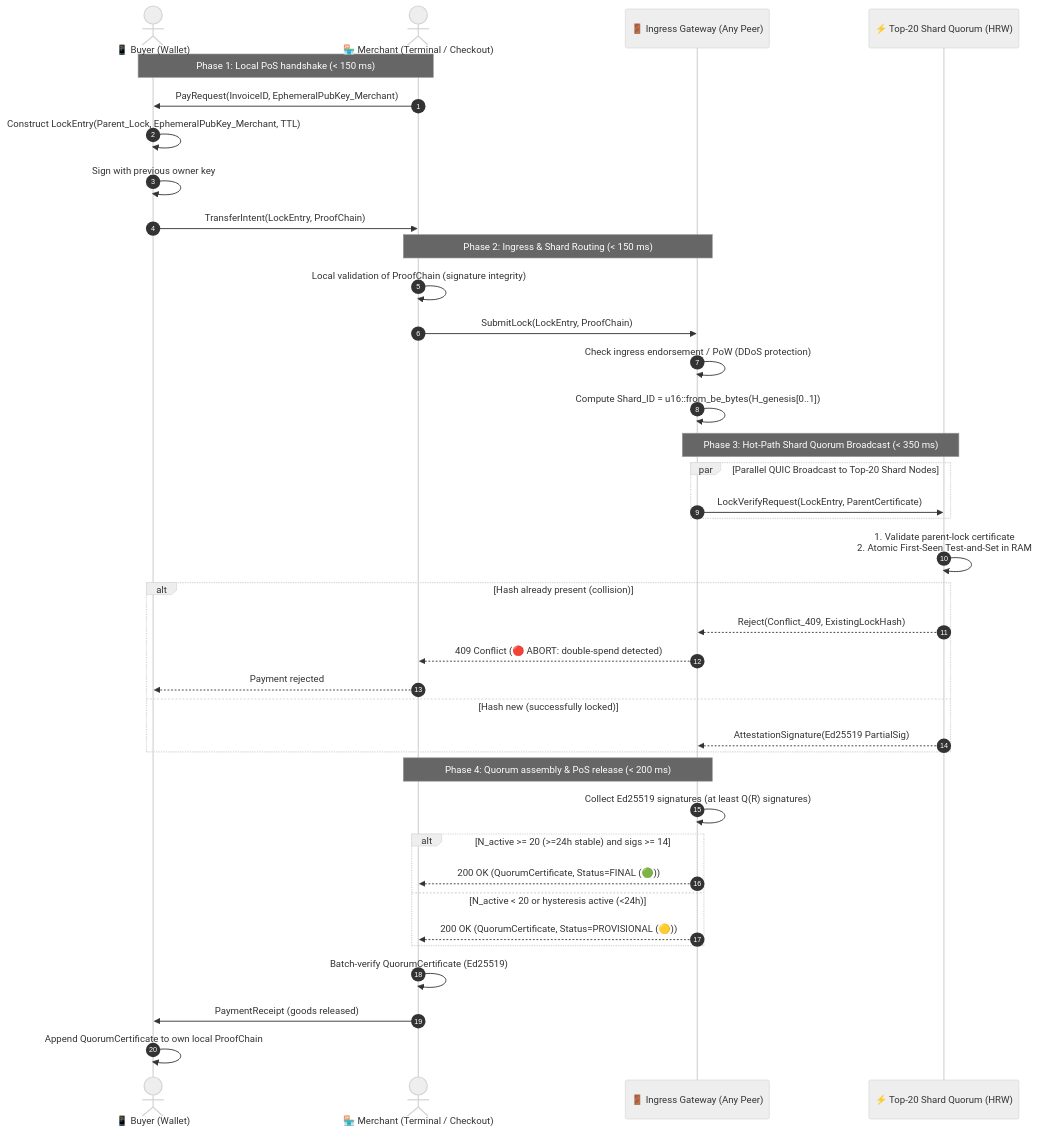
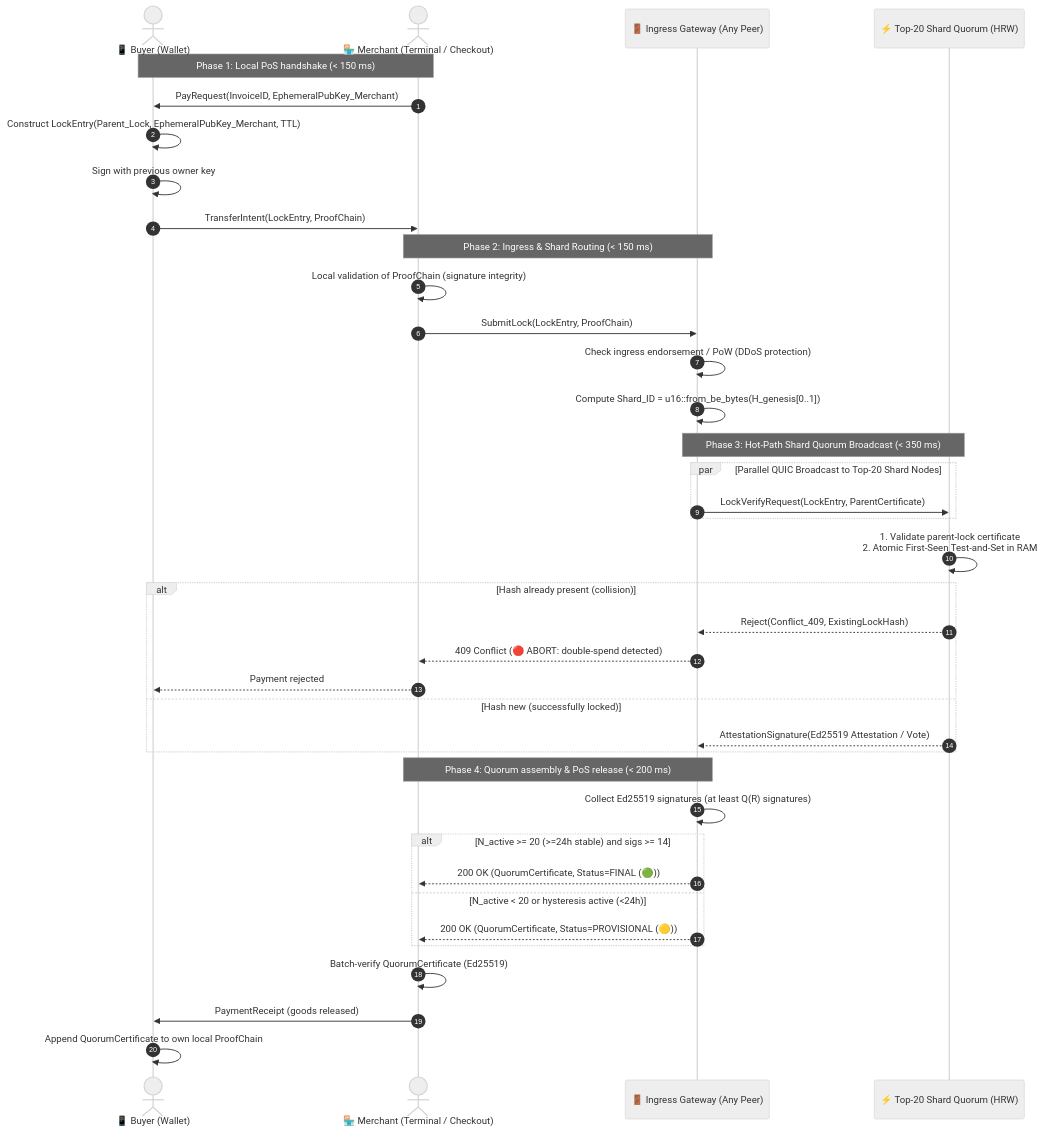
The second of 7 diagrams in docs/06_dumb_server_smart_client_flow.md (minutogit/human-money-node), drawn with Mermaid (neutral theme) before and after one commit. The commit also changed other lines of this file and 20 other files, not shown here.

````diff
--- a/docs/06_dumb_server_smart_client_flow.md
+++ b/docs/06_dumb_server_smart_client_flow.md
@@ -57,50 +57,50 @@
 ```mermaid
 sequenceDiagram
     autonumber
     actor Customer as 📱 Buyer (Wallet)
     actor Merchant as 🏪 Merchant (Terminal / Checkout)
     participant Gateway as 🚪 Ingress Gateway (Any Peer)
     participant Shard as ⚡ Top-20 Shard Quorum (HRW)
 
     %% Phase 1: PoS Handshake
     Note over Customer,Merchant: Phase 1: Local PoS handshake (< 150 ms)
     Merchant->>Customer: PayRequest(InvoiceID, EphemeralPubKey_Merchant)
     Customer->>Customer: Construct LockEntry(Parent_Lock, EphemeralPubKey_Merchant, TTL)
     Customer->>Customer: Sign with previous owner key
     Customer->>Merchant: TransferIntent(LockEntry, ProofChain)
 
     %% Phase 2: Ingress & Network Locking
     Note over Merchant,Gateway: Phase 2: Ingress & Shard Routing (< 150 ms)
     Merchant->>Merchant: Local validation of ProofChain (signature integrity)
     Merchant->>Gateway: SubmitLock(LockEntry, ProofChain)
     Gateway->>Gateway: Check ingress endorsement / PoW (DDoS protection)
     Gateway->>Gateway: Compute Shard_ID = u16::from_be_bytes(H_genesis[0..1])
 
     %% Phase 3: Hot-Path Shard Quorum
     Note over Gateway,Shard: Phase 3: Hot-Path Shard Quorum Broadcast (< 350 ms)
     par Parallel QUIC Broadcast to Top-20 Shard Nodes
         Gateway->>Shard: LockVerifyRequest(LockEntry, ParentCertificate)
     end
     
     Shard->>Shard: 1. Validate parent-lock certificate<br>2. Atomic First-Seen Test-and-Set in RAM
     
     alt Hash already present (collision)
         Shard-->>Gateway: Reject(Conflict_409, ExistingLockHash)
         Gateway-->>Merchant: 409 Conflict (🔴 ABORT: double-spend detected)
         Merchant-->>Customer: Payment rejected
     else Hash new (successfully locked)
-        Shard-->>Gateway: AttestationSignature(Ed25519 PartialSig)
+        Shard-->>Gateway: AttestationSignature(Ed25519 Attestation / Vote)
     end
 
     %% Phase 4: Quorum Assembly & Goods
     Note over Gateway,Merchant: Phase 4: Quorum assembly & PoS release (< 200 ms)
     Gateway->>Gateway: Collect Ed25519 signatures (at least Q(R) signatures)
     alt N_active >= 20 (>=24h stable) and sigs >= 14
         Gateway-->>Merchant: 200 OK (QuorumCertificate, Status=FINAL (🟢))
     else N_active < 20 or hysteresis active (<24h)
         Gateway-->>Merchant: 200 OK (QuorumCertificate, Status=PROVISIONAL (🟡))
     end
     Merchant->>Merchant: Batch-verify QuorumCertificate (Ed25519)
     Merchant->>Customer: PaymentReceipt (goods released)
     Customer->>Customer: Append QuorumCertificate to own local ProofChain
 ```
````
